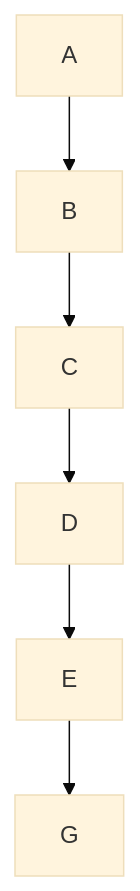
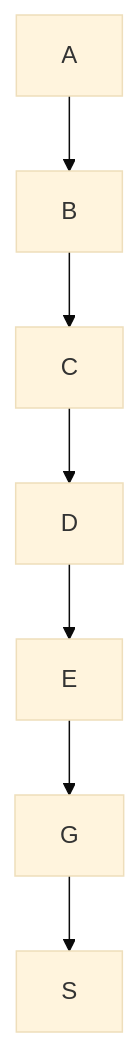
The diagram in README.md (facumruiz/Plantilla_DigitalesPIC18), drawn with Mermaid (base theme) before and after one commit.

````diff
--- a/README.md
+++ b/README.md
@@ -57,9 +57,10 @@
 ```mermaid
 graph TD;
     A-->B;
     B-->C;
     C-->D;
     D-->E;
     E-->G;
+    G-->S;
     
 ```
````
